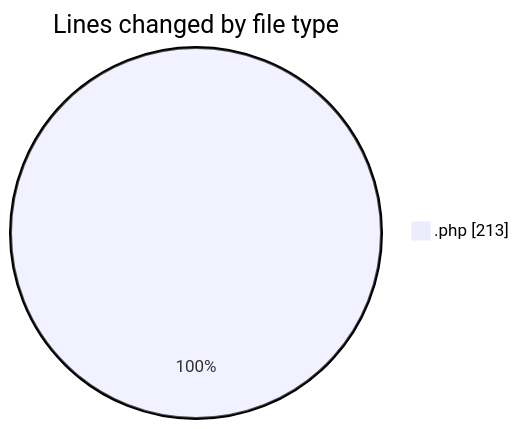
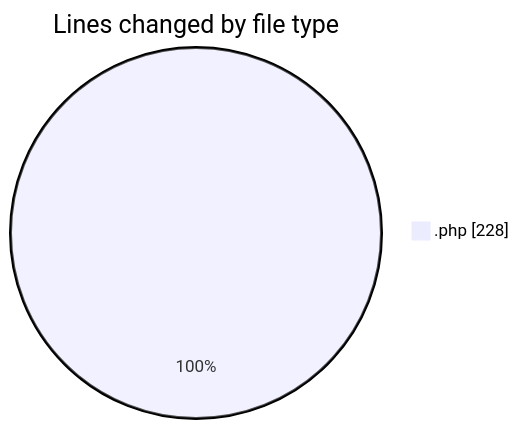
One commit to LanceThiago/code-tracking changed the first of 2 diagrams in 2026-08-28/web/README.md. Above: the diagram before and after it, drawn with Mermaid. The commit also changed other lines of this file and 1 other file, not shown here.

````diff
--- a/2026-08-28/web/README.md
+++ b/2026-08-28/web/README.md
@@ -20,5 +20,5 @@
 ```mermaid
 pie showData
 title Lines changed by file type
-".php" : 213
+".php" : 228
 ```
````
